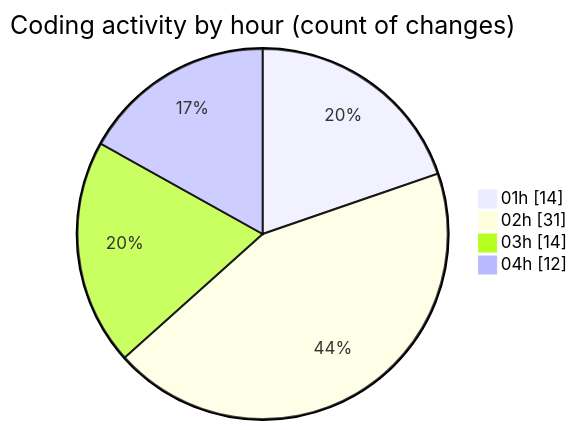
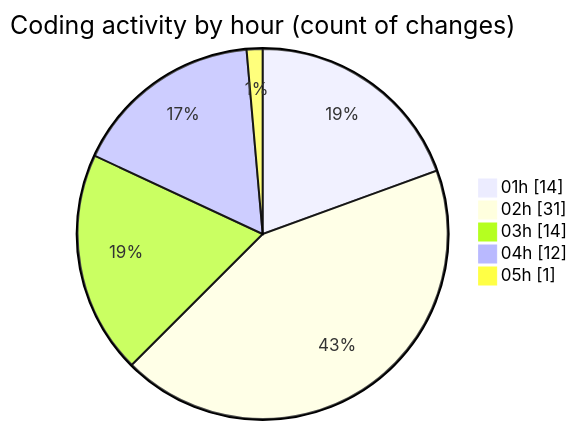
The second of 2 diagrams in 2025-07-13/telebot/README.md (jrari/code-tracking), drawn with Mermaid before and after one commit. The commit also changed other lines of this file and 1 other file, not shown here.

````diff
--- a/2025-07-13/telebot/README.md
+++ b/2025-07-13/telebot/README.md
@@ -59,8 +59,9 @@
 ```mermaid
 pie showData
 title Coding activity by hour (count of changes)
 "01h" : 14
 "02h" : 31
 "03h" : 14
 "04h" : 12
+"05h" : 1
 ```
````
